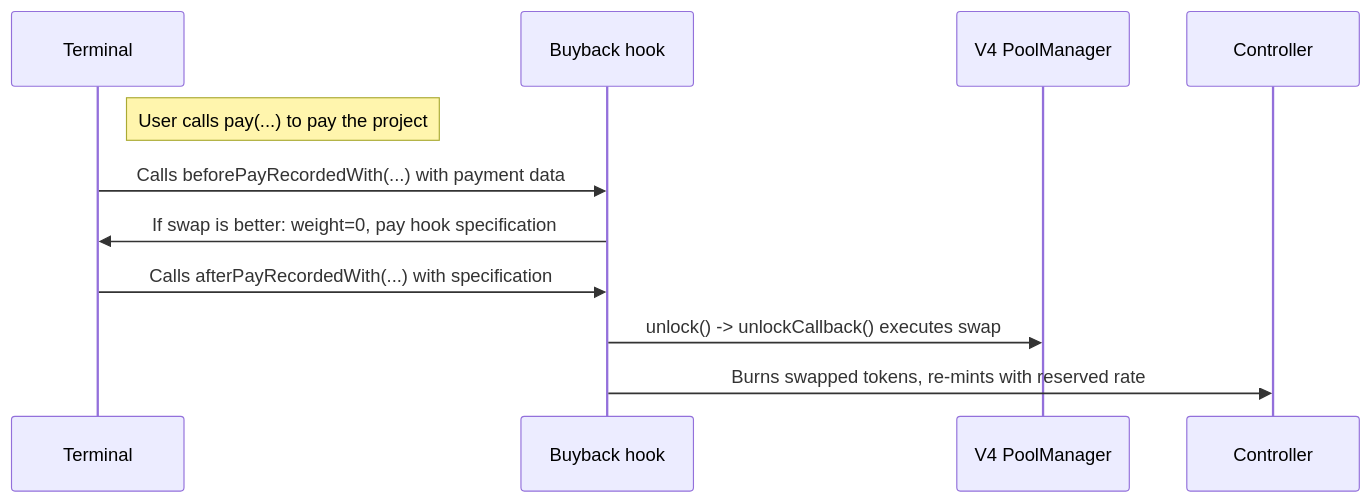
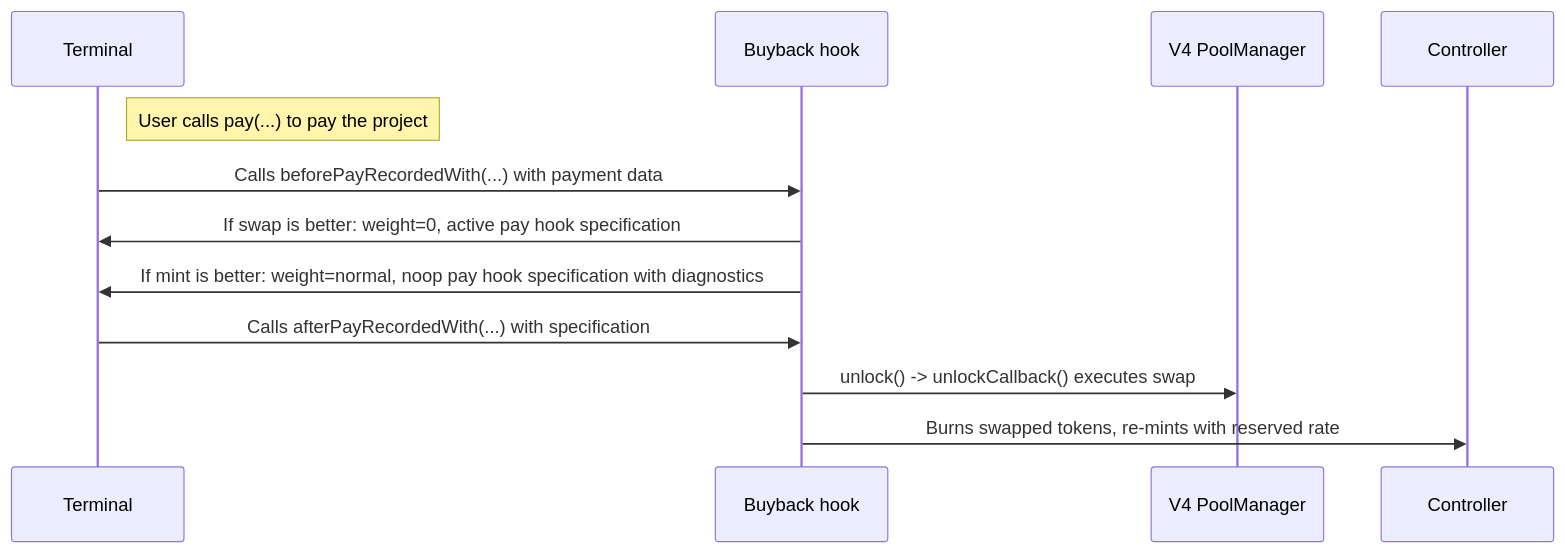
The diagram in README.md (Bananapus/nana-buyback-hook-v6), drawn with Mermaid before and after one commit. The commit also changed other lines of this file and 17 other files, not shown here.

Commit message:
Align buyback hook with core 0.0.20

````diff
--- a/README.md
+++ b/README.md
@@ -17,13 +17,14 @@
 ```mermaid
 sequenceDiagram
     participant Terminal
     participant Buyback hook
     participant V4 PoolManager
     participant Controller
     Note right of Terminal: User calls pay(...) to pay the project
     Terminal->>Buyback hook: Calls beforePayRecordedWith(...) with payment data
-    Buyback hook->>Terminal: If swap is better: weight=0, pay hook specification
+    Buyback hook->>Terminal: If swap is better: weight=0, active pay hook specification
+    Buyback hook->>Terminal: If mint is better: weight=normal, noop pay hook specification with diagnostics
     Terminal->>Buyback hook: Calls afterPayRecordedWith(...) with specification
     Buyback hook->>V4 PoolManager: unlock() -> unlockCallback() executes swap
     Buyback hook->>Controller: Burns swapped tokens, re-mints with reserved rate
 ```
````
